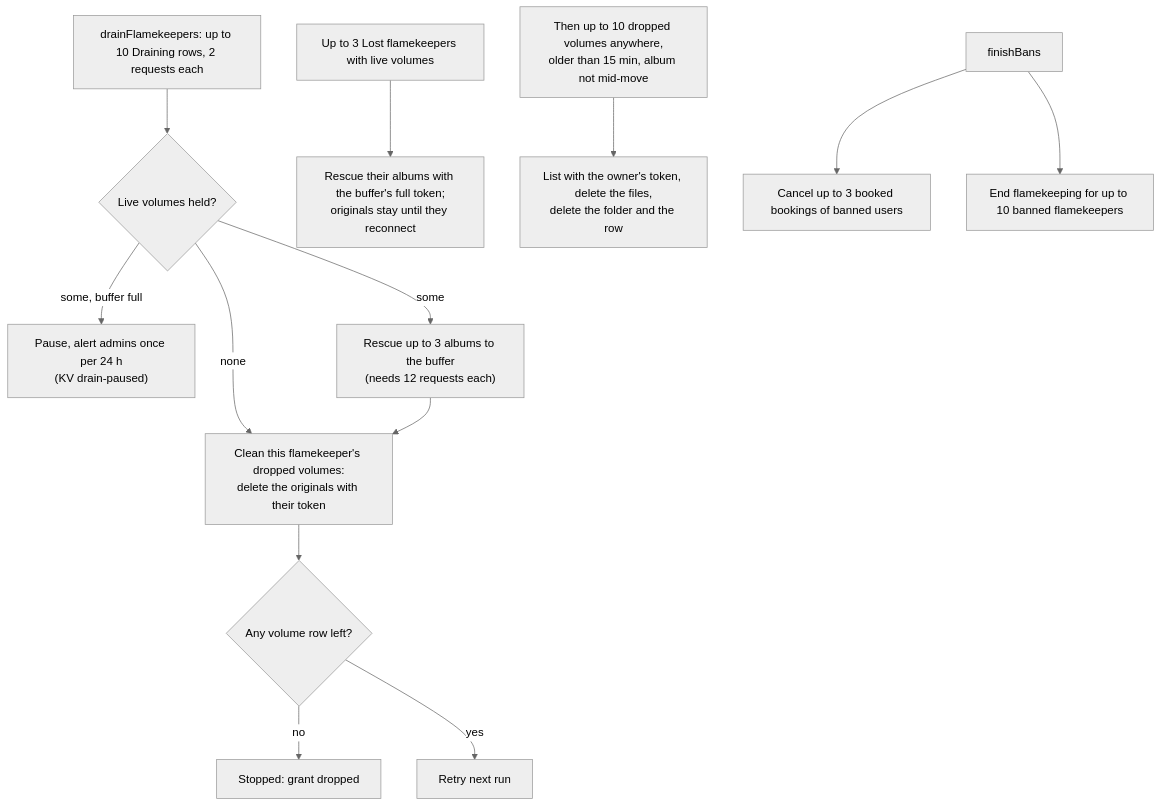
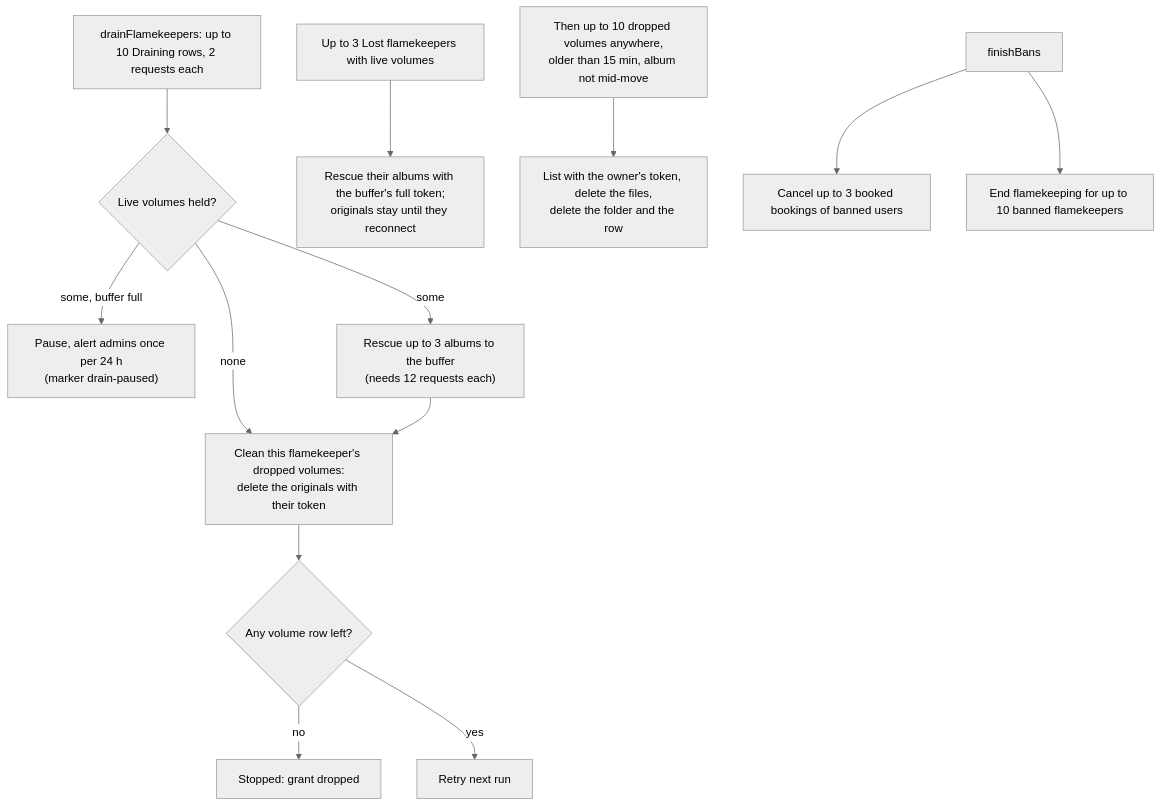
The fourth of 5 diagrams in docs/scenarios/cron/hourly.md (sagyzdop/meriksirat), drawn with Mermaid (neutral theme) before and after one commit. The commit also changed other lines of this file and 53 other files, not shown here.

````diff
--- a/docs/scenarios/cron/hourly.md
+++ b/docs/scenarios/cron/hourly.md
@@ -41,15 +42,15 @@
 ```mermaid
 flowchart TD
     A["drainFlamekeepers: up to 10 Draining rows, 2 requests each"] --> B{Live volumes held?}
-    B -- some, buffer full --> P["Pause, alert admins once per 24 h<br/>(KV drain-paused)"]
+    B -- some, buffer full --> P["Pause, alert admins once per 24 h<br/>(marker drain-paused)"]
     B -- some --> R["Rescue up to 3 albums to the buffer<br/>(needs 12 requests each)"]
     B -- none --> C["Clean this flamekeeper's dropped volumes:<br/>delete the originals with their token"]
     R --> C
     C --> B2{Any volume row left?}
     B2 -- no --> S[Stopped: grant dropped]
     B2 -- yes --> W[Retry next run]
     L["Up to 3 Lost flamekeepers with live volumes"] --> LR["Rescue their albums with the buffer's full token;<br/>originals stay until they reconnect"]
     CL["Then up to 10 dropped volumes anywhere,<br/>older than 15 min, album not mid-move"] --> CD["List with the owner's token, delete the files,<br/>delete the folder and the row"]
     X["finishBans"] --> Y["Cancel up to 3 booked bookings of banned users"]
     X --> Z["End flamekeeping for up to 10 banned flamekeepers"]
 ```
````
